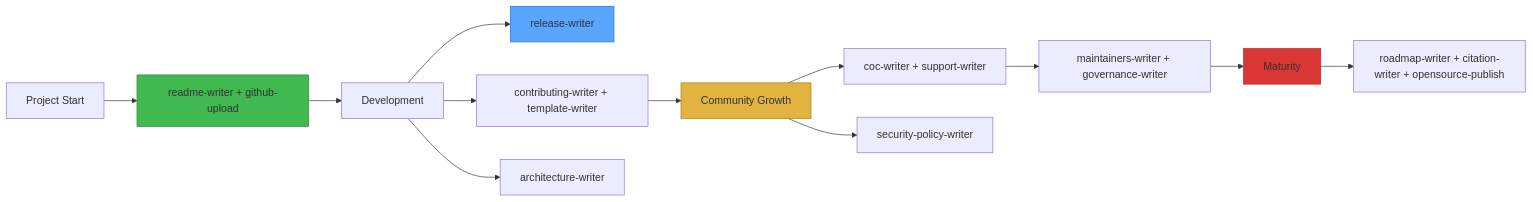
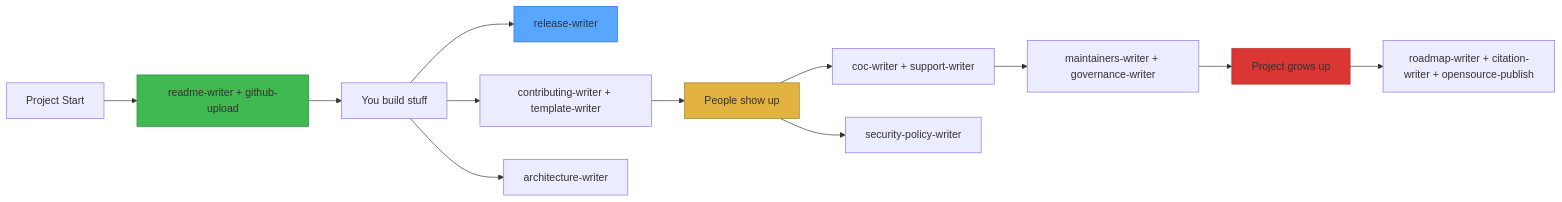
The diagram in README.md (QT7-C23/open-source-doc-toolkit), drawn with Mermaid before and after one commit. The commit also changed other lines of this file and 1 other file, not shown here.

````diff
--- a/README.md
+++ b/README.md
@@ -61,19 +86,19 @@
 ```mermaid
 graph LR
     A[Project Start] --> B[readme-writer + github-upload]
-    B --> C[Development]
+    B --> C[You build stuff]
     C --> D[release-writer]
     C --> E[contributing-writer + template-writer]
     C --> F[architecture-writer]
-    E --> G[Community Growth]
+    E --> G[People show up]
     G --> H[coc-writer + support-writer]
     G --> I[security-policy-writer]
     H --> J[maintainers-writer + governance-writer]
-    J --> K[Maturity]
+    J --> K[Project grows up]
     K --> L[roadmap-writer + citation-writer + opensource-publish]
 
     style B fill:#3FB950,stroke:#238636
     style D fill:#58A6FF,stroke:#1F6FEB
     style G fill:#E3B341,stroke:#9A7D1A
     style K fill:#DA3633,stroke:#B62324
 ```
````
